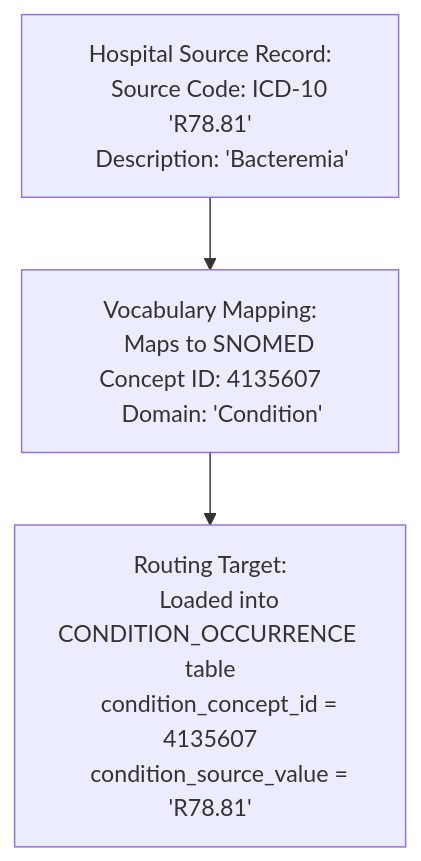
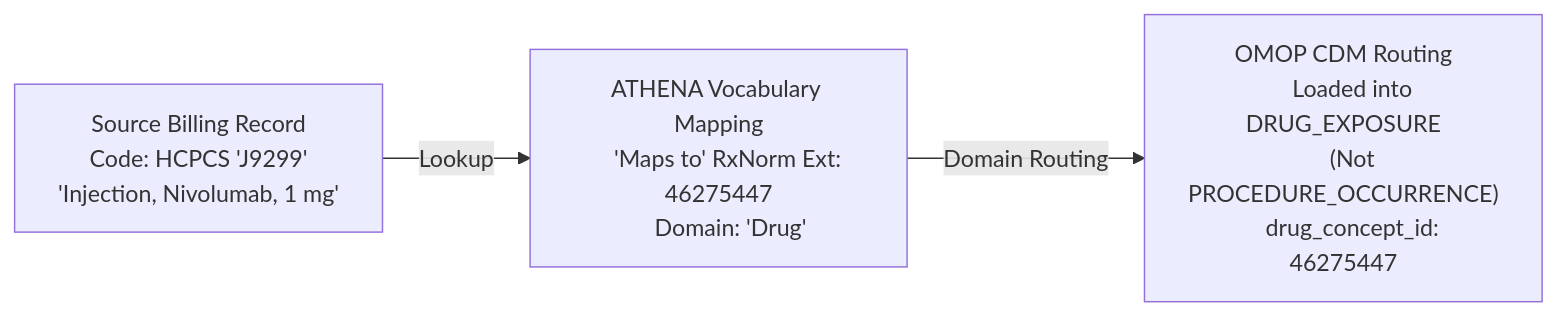
One commit to iomedhealth/OmopAnalyticsGuide changed the fourth of 5 diagrams in docs/data_enablement/01_omop_cdm_architecture.md. Above: the diagram before and after it, drawn with Mermaid. The commit also changed other lines of this file and 1 other file, not shown here.

Commit message:
docs: refine OMOP CDM architecture with narrative flow and pushdown examples

````diff
--- a/docs/data_enablement/01_omop_cdm_architecture.md
+++ b/docs/data_enablement/01_omop_cdm_architecture.md
@@ -193,17 +183,17 @@
 ```mermaid
-flowchart TD
-    Source["Hospital Source Record:
-    Source Code: ICD-10 'R78.81'
-    Description: 'Bacteremia'"]
+flowchart LR
+    Source["Source Billing Record
+    Code: HCPCS 'J9299'
+    'Injection, Nivolumab, 1 mg'"]
 
-    Map["Vocabulary Mapping:
-    Maps to SNOMED Concept ID: 4135607
-    Domain: 'Condition'"]
+    Lookup["ATHENA Vocabulary Mapping
+    'Maps to' RxNorm Ext: 46275447
+    Domain: 'Drug'"]
 
-    Target["Routing Target:
-    Loaded into CONDITION_OCCURRENCE table
-    condition_concept_id = 4135607
-    condition_source_value = 'R78.81'"]
+    Target["OMOP CDM Routing
+    Loaded into DRUG_EXPOSURE
+    (Not PROCEDURE_OCCURRENCE)
+    drug_concept_id: 46275447"]
 
-    Source --> Map --> Target
+    Source -->|"Lookup"| Lookup -->|"Domain Routing"| Target
 ```
````
